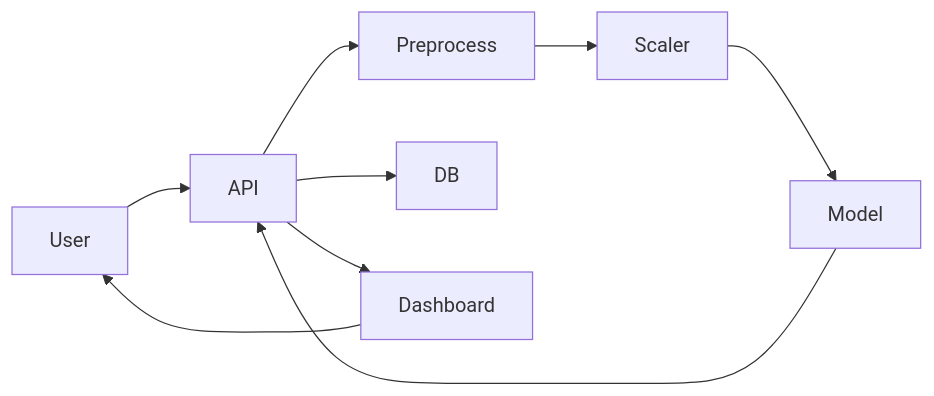
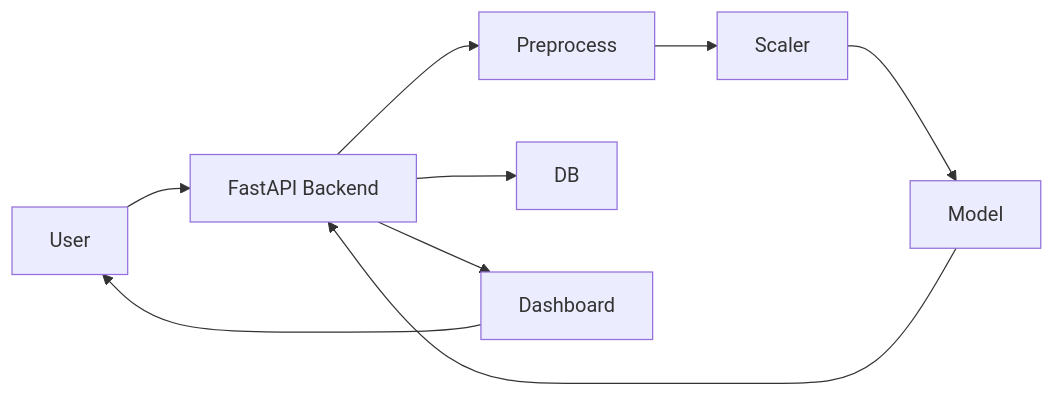
Before and after one commit to k-siddhartha-ai/real-time-fraud-detection-system: the diagram in README.md, drawn with Mermaid. The commit also changed other lines of this file, not shown here.

````diff
--- a/README.md
+++ b/README.md
@@ -61,11 +80,11 @@
 ```mermaid
 flowchart LR
-User --> API
+User --> API[FastAPI Backend]
 API --> Preprocess
 Preprocess --> Scaler
 Scaler --> Model
 Model --> API
 API --> DB
 API --> Dashboard
 Dashboard --> User
 ```
````
